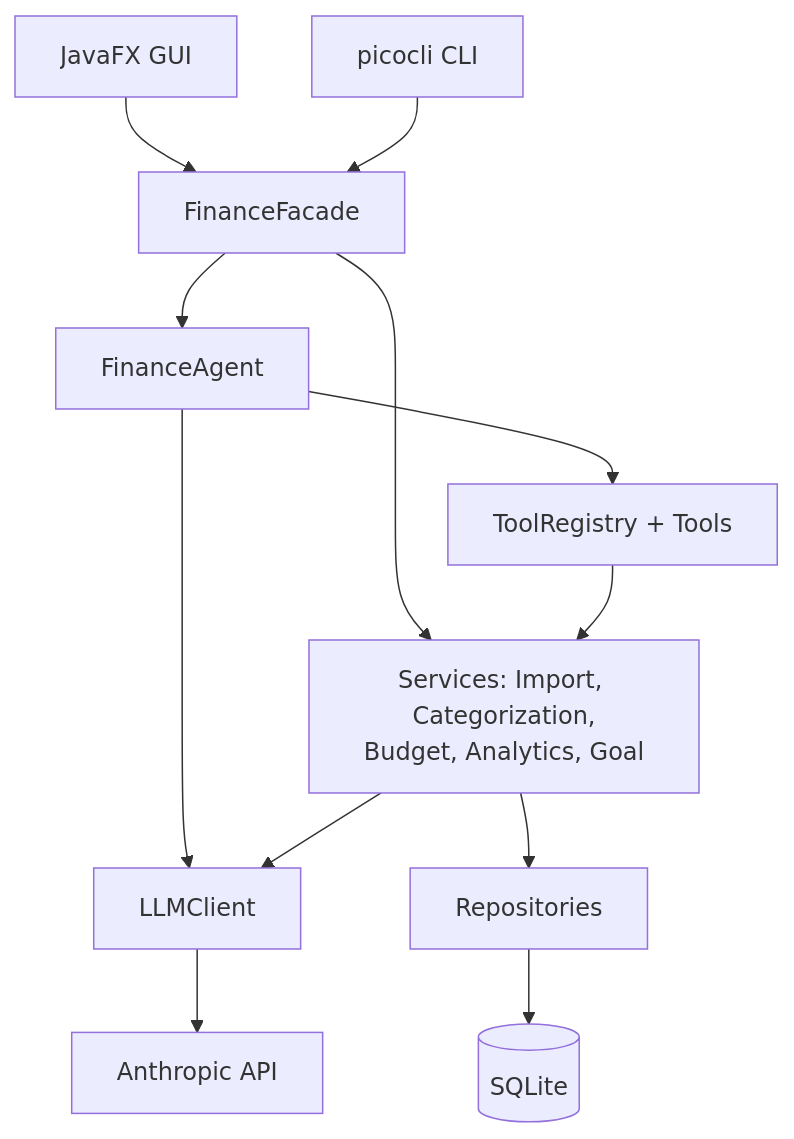
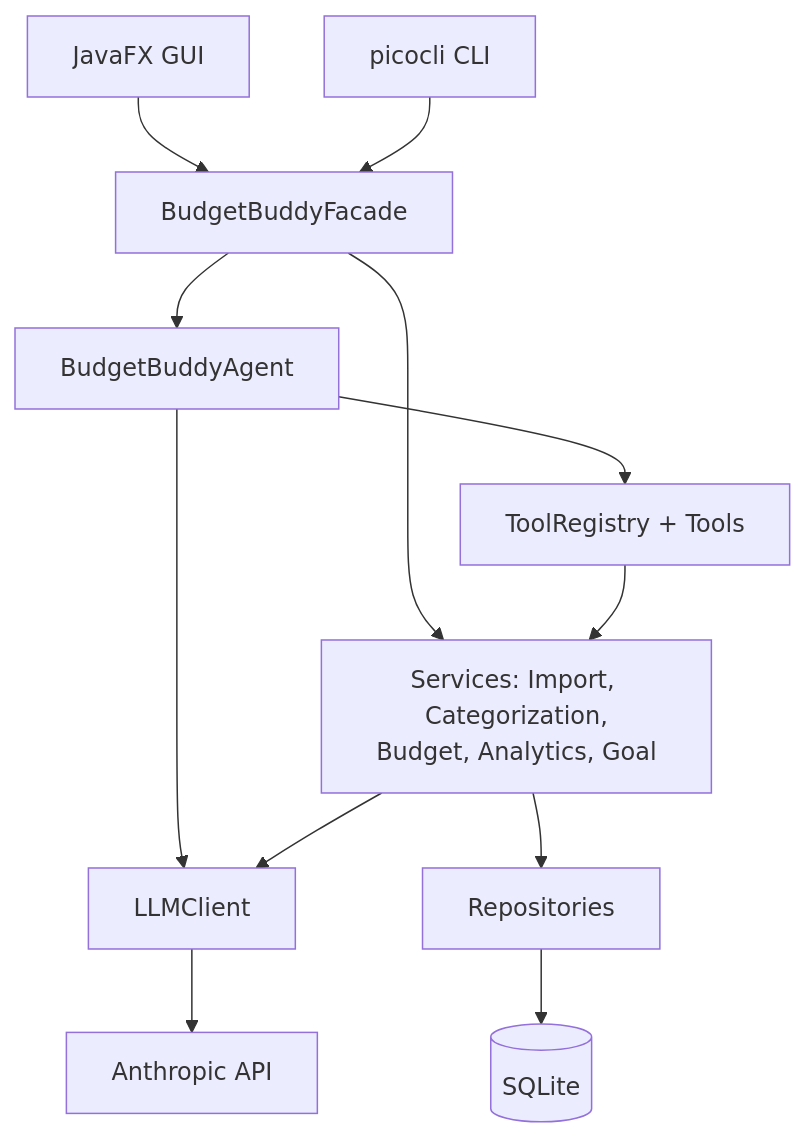
Before and after one commit to Abdi238/EECS3311-course-project: the first of 11 diagrams in docs/Stage1_Report.md, drawn with Mermaid. The commit also changed other lines of this file, not shown here.

````diff
--- a/docs/Stage1_Report.md
+++ b/docs/Stage1_Report.md
@@ -68,14 +68,14 @@
 ```mermaid
 flowchart TB
-    GUI[JavaFX GUI] --> FAC[FinanceFacade]
+    GUI[JavaFX GUI] --> FAC[BudgetBuddyFacade]
     CLI[picocli CLI] --> FAC
     FAC --> SVC[Services: Import, Categorization,<br/>Budget, Analytics, Goal]
-    FAC --> AG[FinanceAgent]
+    FAC --> AG[BudgetBuddyAgent]
     AG --> TOOLS[ToolRegistry + Tools]
     TOOLS --> SVC
     AG --> LLM[LLMClient]
     SVC --> LLM
     LLM --> API[Anthropic API]
     SVC --> REPO[Repositories]
     REPO --> DB[(SQLite)]
 ```
````
